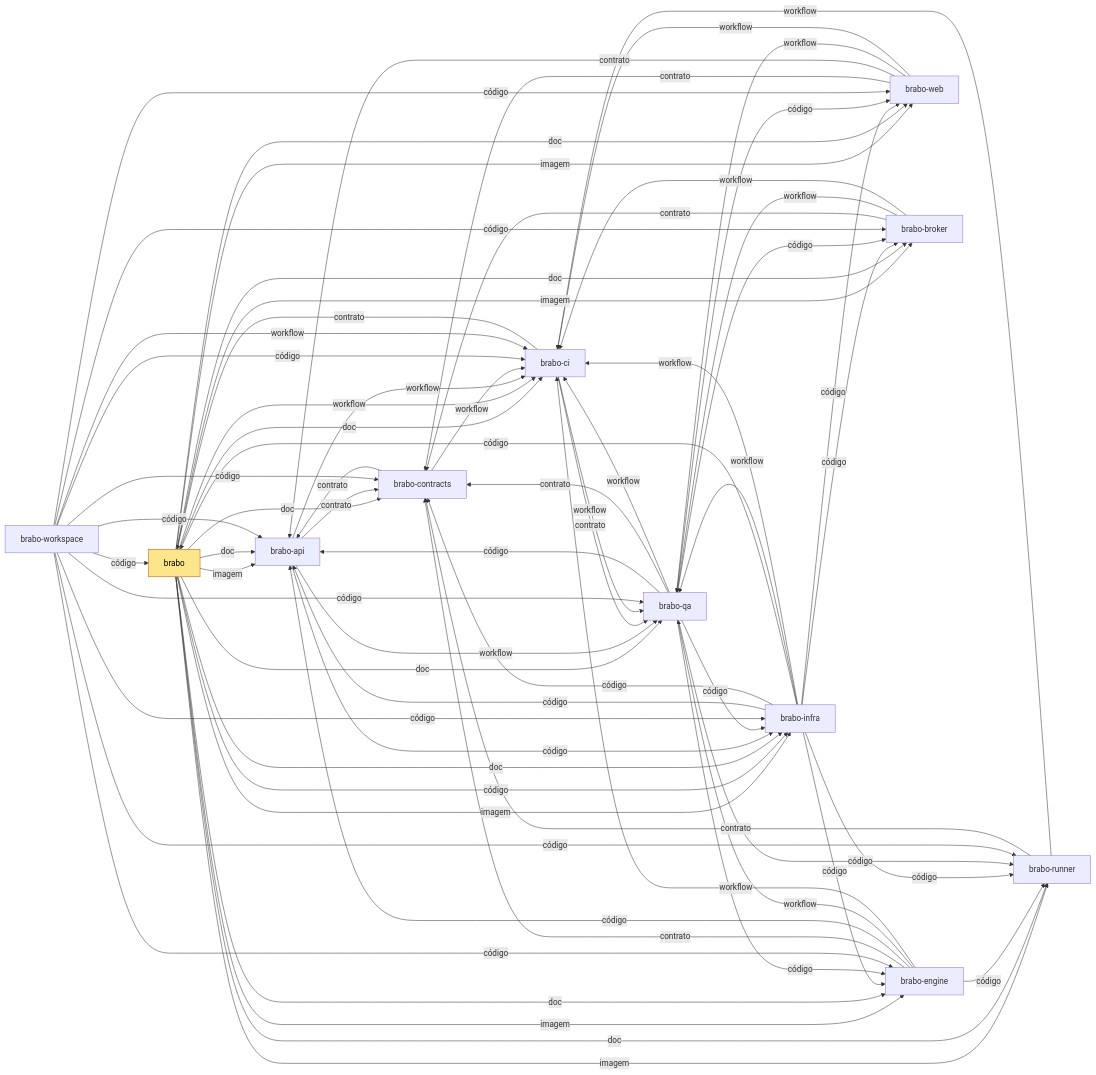
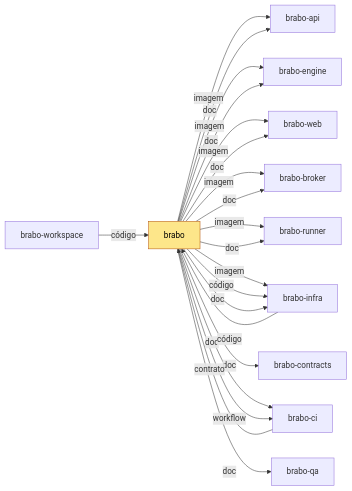
Before and after one commit to viralabs-dev/brabo: the diagram in README.en.md, drawn with Mermaid. The commit also changed other lines of this file and 5 other files, not shown here.

````diff
--- a/README.en.md
+++ b/README.en.md
@@ -180,43 +122,23 @@
 ```mermaid
 flowchart LR
   brabo["brabo"]
   brabo_api["brabo-api"]
   brabo_engine["brabo-engine"]
   brabo_web["brabo-web"]
   brabo_runner["brabo-runner"]
   brabo_broker["brabo-broker"]
   brabo_contracts["brabo-contracts"]
   brabo_ci["brabo-ci"]
   brabo_infra["brabo-infra"]
   brabo_qa["brabo-qa"]
   brabo_workspace["brabo-workspace"]
   brabo -->|imagem| brabo_api & brabo_engine & brabo_web & brabo_broker & brabo_runner & brabo_infra
   brabo -->|código| brabo_infra
   brabo -->|doc| brabo_api & brabo_engine & brabo_web & brabo_runner & brabo_broker & brabo_contracts & brabo_infra & brabo_ci & brabo_qa
   brabo -->|workflow| brabo_ci
-  brabo_api -->|contrato| brabo_contracts
-  brabo_api -->|código| brabo_infra
-  brabo_api -->|workflow| brabo_qa & brabo_ci
-  brabo_engine -->|contrato| brabo_contracts
-  brabo_engine -->|código| brabo_api & brabo_runner
-  brabo_engine -->|workflow| brabo_qa & brabo_ci
-  brabo_web -->|contrato| brabo_contracts & brabo_api
-  brabo_web -->|workflow| brabo_qa & brabo_ci
-  brabo_runner -->|contrato| brabo_contracts
-  brabo_runner -->|workflow| brabo_ci
-  brabo_broker -->|contrato| brabo_contracts
-  brabo_broker -->|workflow| brabo_qa & brabo_ci
-  brabo_contracts -->|contrato| brabo_api
-  brabo_contracts -->|workflow| brabo_ci
-  brabo_ci -->|contrato| brabo_qa & brabo
-  brabo_ci -->|workflow| brabo_qa
-  brabo_infra -->|código| brabo_api & brabo_engine & brabo_web & brabo_broker & brabo_runner & brabo_contracts & brabo
-  brabo_infra -->|workflow| brabo_qa & brabo_ci
-  brabo_qa -->|código| brabo_api & brabo_engine & brabo_web & brabo_runner & brabo_broker & brabo_infra
-  brabo_qa -->|contrato| brabo_contracts
-  brabo_qa -->|workflow| brabo_ci
-  brabo_workspace -->|código| brabo & brabo_api & brabo_engine & brabo_web & brabo_runner & brabo_broker & brabo_contracts & brabo_ci & brabo_infra & brabo_qa
-  brabo_workspace -->|workflow| brabo_ci
+  brabo_ci -->|contrato| brabo
+  brabo_infra -->|código| brabo
+  brabo_workspace -->|código| brabo
   classDef atual fill:#fde68a,stroke:#b45309,color:#000
   class brabo atual
 ```
````
